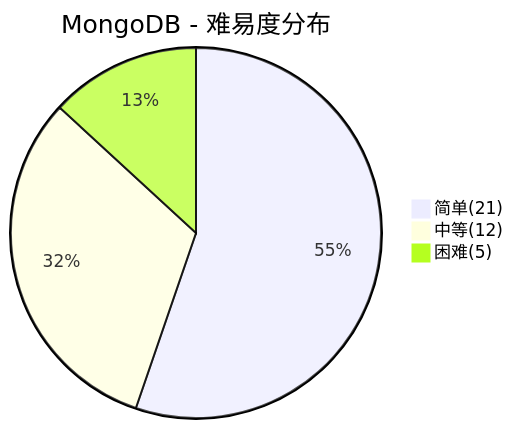
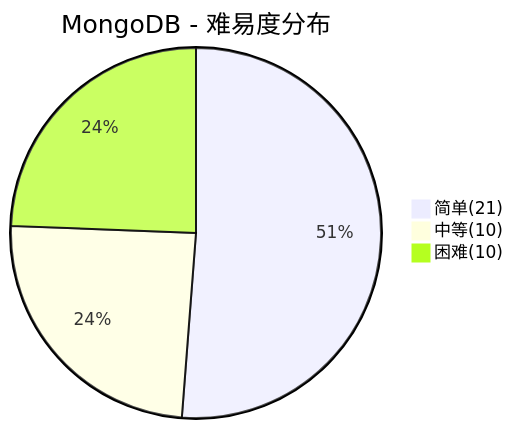
One commit to dunwu/waterdrop changed the fourth of 6 diagrams in docs/99.面试/数据库面试.md. Above: the diagram before and after it, drawn with Mermaid. The commit also changed other lines of this file and 73 other files, not shown here.

````diff
--- a/docs/99.面试/数据库面试.md
+++ b/docs/99.面试/数据库面试.md
@@ -295,6 +299,6 @@
 ```mermaid
 pie title MongoDB - 难易度分布
     "简单(21)" : 21
-    "中等(12)" : 12
-    "困难(5)" : 5
+    "中等(10)" : 10
+    "困难(10)" : 10
 ```
````
